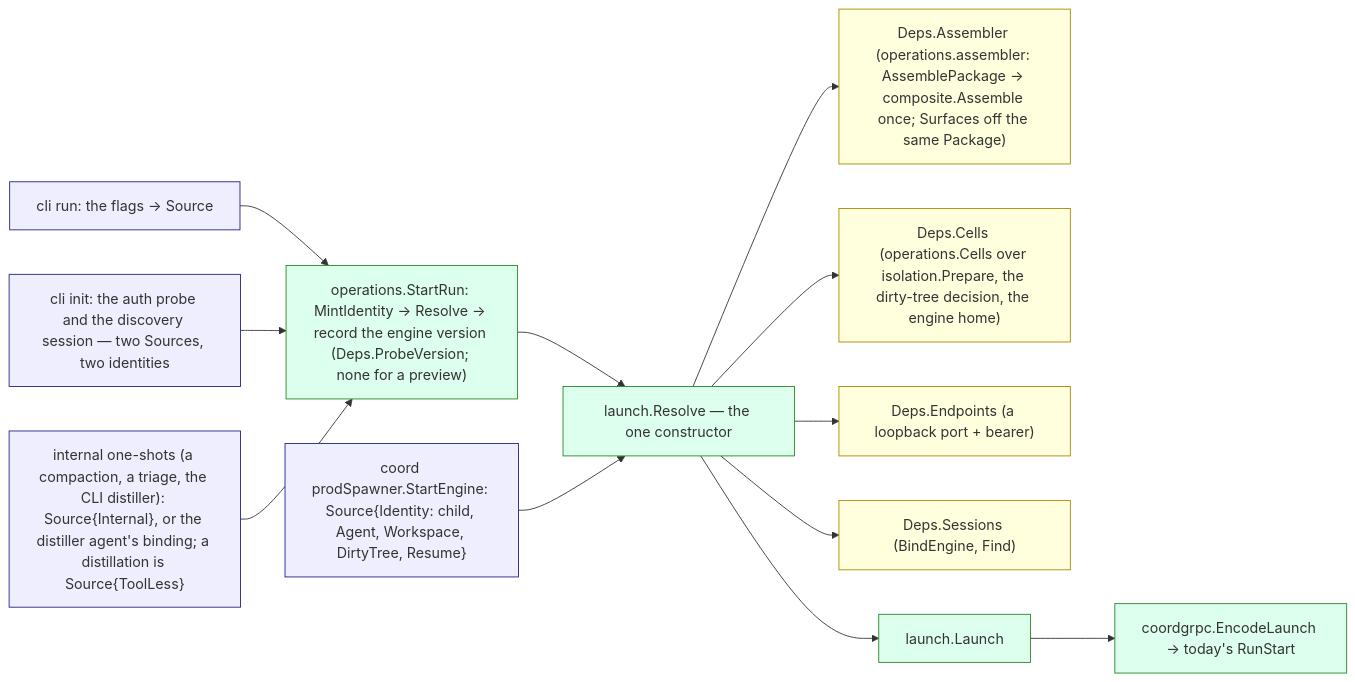
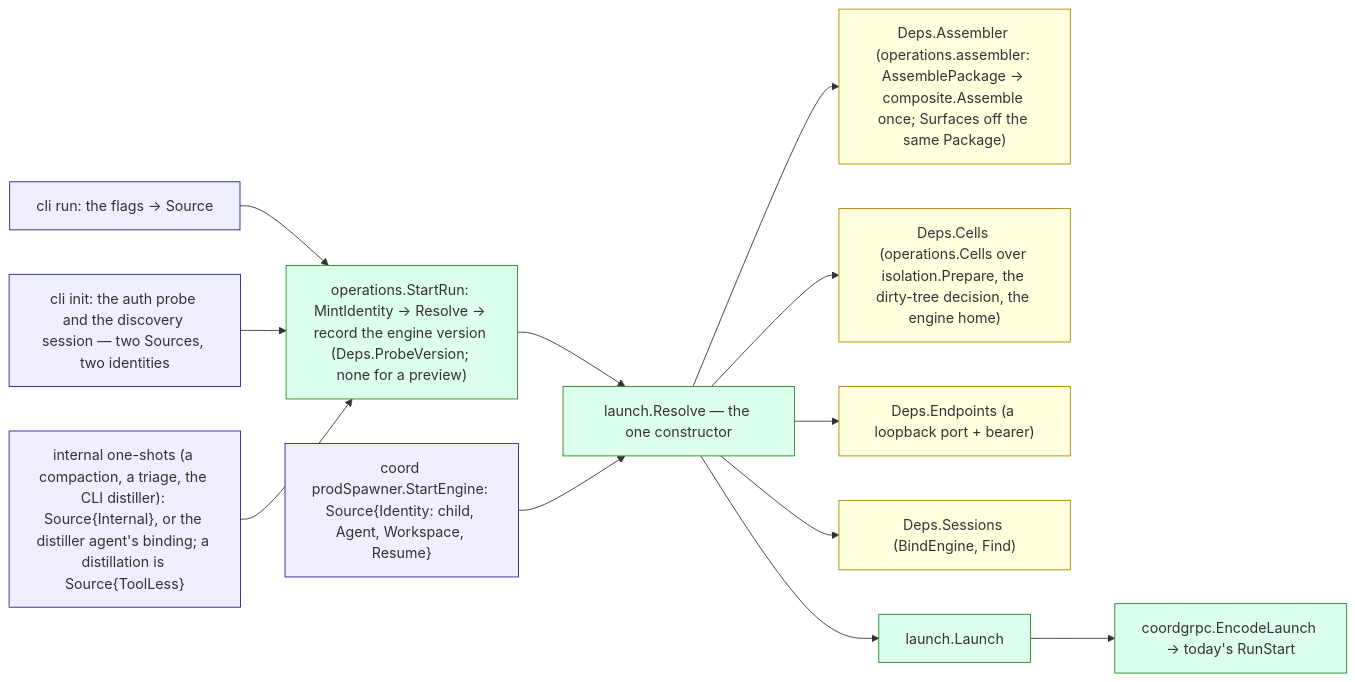
One commit to ctxloom/ctxloom changed the diagram in docs/architecture/core/launch.md. Above: the diagram before and after it, drawn with Mermaid. The commit also changed 189 other files, not shown here.

````diff
--- a/docs/architecture/core/launch.md
+++ b/docs/architecture/core/launch.md
@@ -20,22 +20,22 @@
 ```mermaid
 flowchart LR
   classDef src fill:#eef,stroke:#228
   classDef core fill:#dfe,stroke:#282
   classDef port fill:#ffd,stroke:#a80
   RUN["cli run: the flags → Source"]:::src
   INIT["cli init: the auth probe and the discovery session — two Sources, two identities"]:::src
   ONE["internal one-shots (a compaction, a triage, the CLI distiller): Source{Internal}, or the distiller agent's binding; a distillation is Source{ToolLess}"]:::src
-  SPAWN["coord prodSpawner.StartEngine: Source{Identity: child, Agent, Workspace, DirtyTree, Resume}"]:::src
+  SPAWN["coord prodSpawner.StartEngine: Source{Identity: child, Agent, Workspace, Resume}"]:::src
   START["operations.StartRun: MintIdentity → Resolve → record the engine version (Deps.ProbeVersion; none for a preview)"]:::core
   RES["launch.Resolve — the one constructor"]:::core
   ASM["Deps.Assembler (operations.assembler: AssemblePackage → composite.Assemble once; Surfaces off the same Package)"]:::port
   CELLS["Deps.Cells (operations.Cells over isolation.Prepare, the dirty-tree decision, the engine home)"]:::port
   EPM["Deps.Endpoints (a loopback port + bearer)"]:::port
   STORE["Deps.Sessions (BindEngine, Find)"]:::port
   L["launch.Launch"]:::core
   ENC["coordgrpc.EncodeLaunch → today's RunStart"]:::core
   RUN & INIT & ONE --> START --> RES
   SPAWN --> RES
   RES --> ASM & CELLS & EPM & STORE
   RES --> L --> ENC
 ```
````
